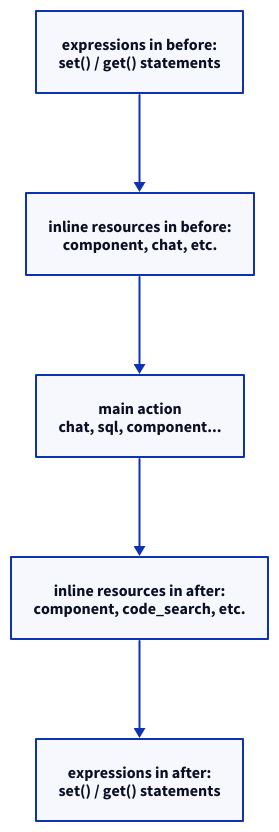
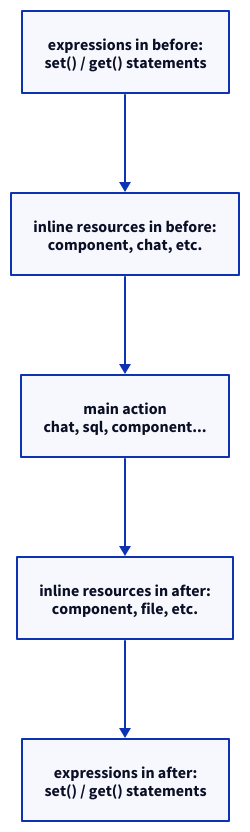
Before and after one commit to kdeps/kdeps: the diagram in docs/v2/workflow/inline-resources.md, drawn with D2. The commit also changed other lines of this file and 36 other files, not shown here.

````diff
--- a/docs/v2/workflow/inline-resources.md
+++ b/docs/v2/workflow/inline-resources.md
@@ -53,11 +53,11 @@
 ```d2
 direction: down
 
 A: "expressions in before:\nset() / get() statements"
 B: "inline resources in before:\ncomponent, chat, etc."
 C: "main action\nchat, sql, component..."
-D: "inline resources in after:\ncomponent, code_search, etc."
+D: "inline resources in after:\ncomponent, file, etc."
 E: "expressions in after:\nset() / get() statements"
 
 A -> B -> C -> D -> E
 ```
````
